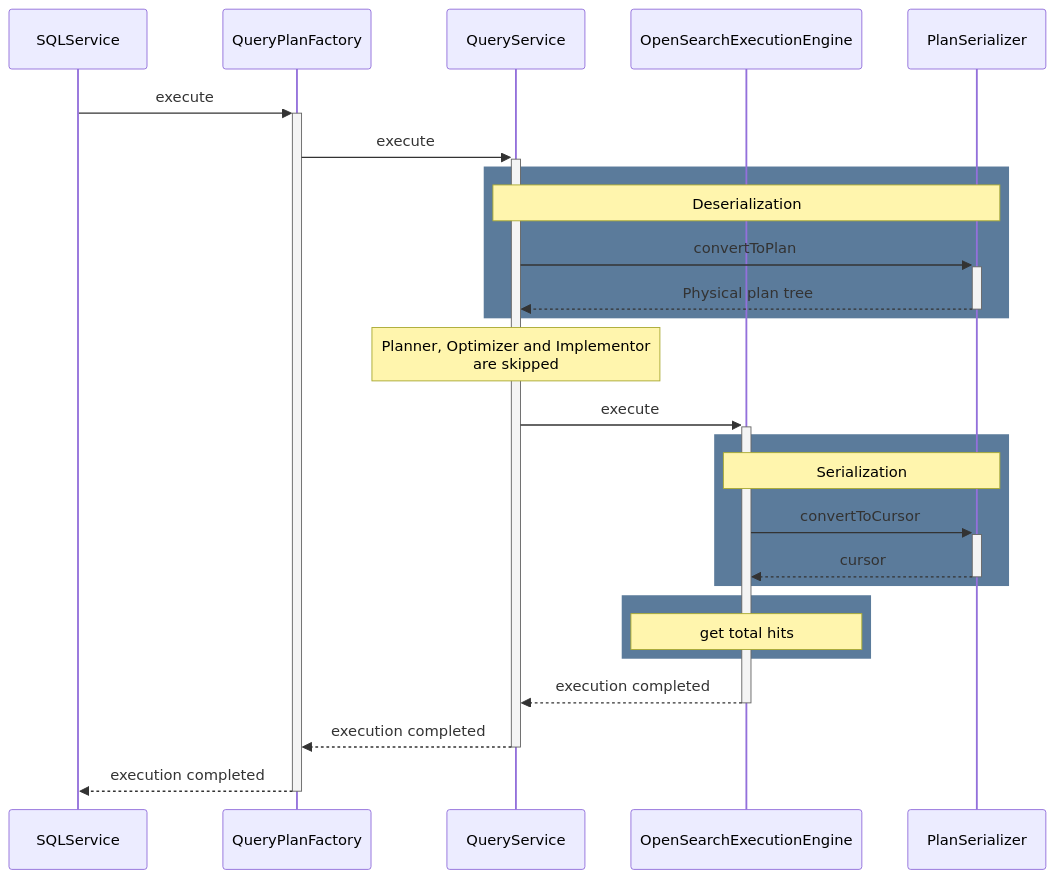
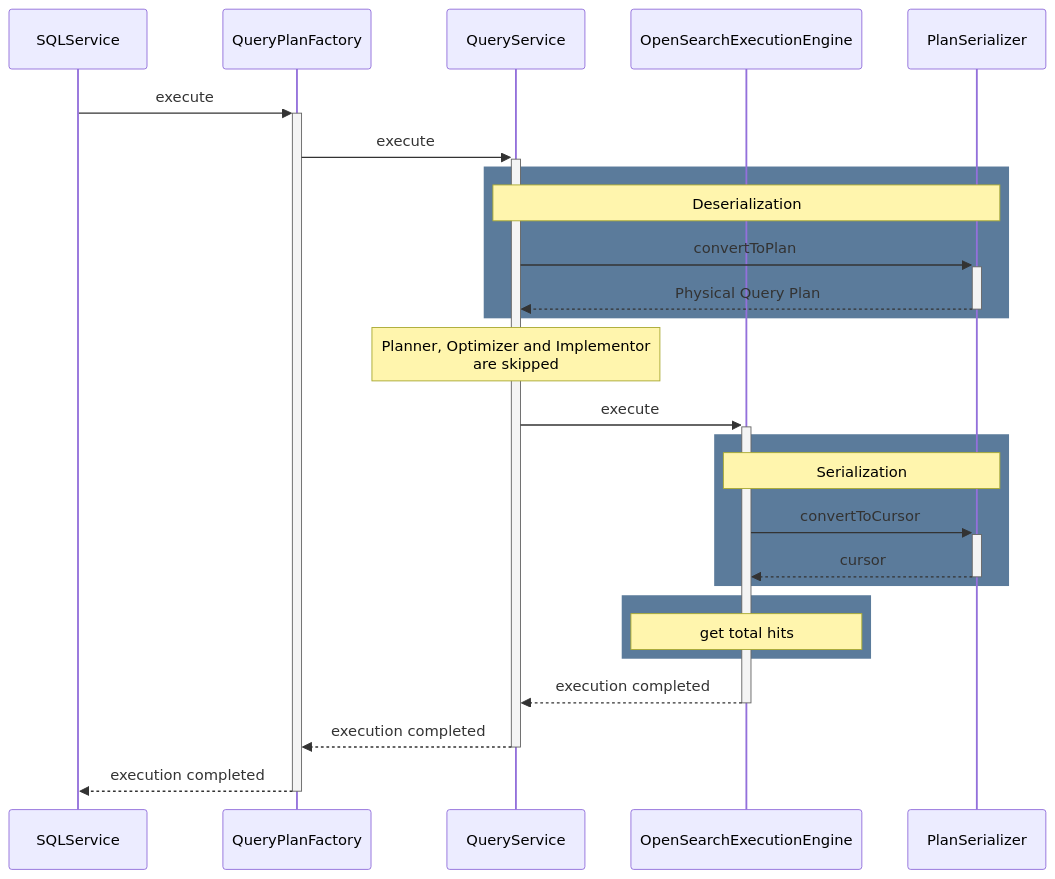
Before and after one commit to opensearch-project/sql: diagram 13 of 18 in docs/dev/Pagination-v2.md, drawn with Mermaid. The commit also changed other lines of this file, not shown here.

````diff
--- a/docs/dev/Pagination-v2.md
+++ b/docs/dev/Pagination-v2.md
@@ -537,29 +487,29 @@
 ```mermaid
 sequenceDiagram
     participant SQLService
     participant QueryPlanFactory
     participant QueryService
     participant OpenSearchExecutionEngine
     participant PlanSerializer
 
 SQLService ->>+ QueryPlanFactory : execute
   QueryPlanFactory ->>+ QueryService : execute
     rect rgb(91, 123, 155)
     note over QueryService, PlanSerializer : Deserialization
     QueryService ->>+ PlanSerializer: convertToPlan
-      PlanSerializer -->>- QueryService: Physical plan tree
+      PlanSerializer -->>- QueryService: Physical Query Plan
     end
     Note over QueryService : Planner, Optimizer and Implementor<br />are skipped
     QueryService ->>+ OpenSearchExecutionEngine : execute
       rect rgb(91, 123, 155)
       note over OpenSearchExecutionEngine, PlanSerializer : Serialization
       OpenSearchExecutionEngine ->>+ PlanSerializer : convertToCursor
         PlanSerializer -->>- OpenSearchExecutionEngine : cursor
       end
       rect rgb(91, 123, 155)
       Note over OpenSearchExecutionEngine : get total hits
       end
       OpenSearchExecutionEngine -->>- QueryService: execution completed
     QueryService -->>- QueryPlanFactory : execution completed
   QueryPlanFactory -->>- SQLService : execution completed
 ```
````
